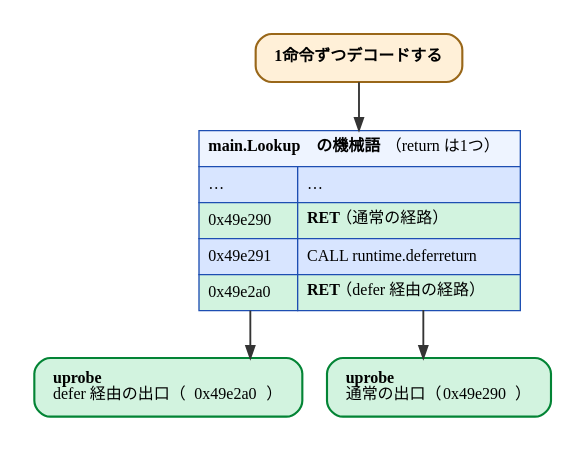
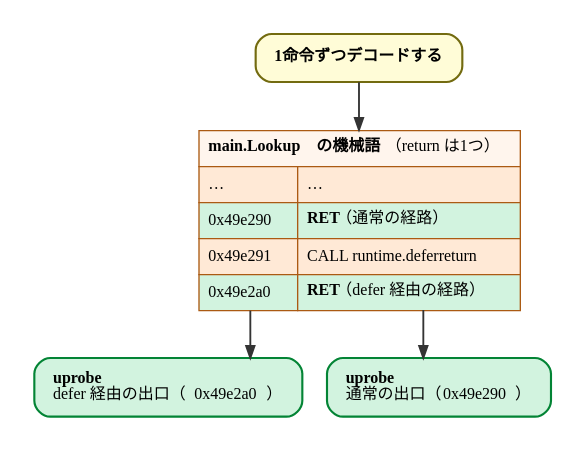
Before and after one commit to ymotongpoo/zenn.dev: the diagram in diagrams/go-ebpf-primer/20260820-ret-uprobes.dot, drawn with Graphviz. The commit also changed 109 other files, not shown here.

First line of the commit message:
change(go-ebpf-primer): 図の主系列/ストレージ/補助カテゴリをPrimary/Secondary色に再調整

```diff
--- a/diagrams/go-ebpf-primer/20260820-ret-uprobes.dot
+++ b/diagrams/go-ebpf-primer/20260820-ret-uprobes.dot
@@ -1,39 +1,39 @@
 // 全 RET 命令へのuprobe
 digraph ret_uprobes {
   graph [
     rankdir=TB, splines=ortho,
     fontname="IBM Plex Sans JP", fontsize=13,
     bgcolor="white", pad=0.25
   ];
   node [
     fontname="IBM Plex Sans JP", fontsize=12,
     shape=box, style="rounded,filled",
     fillcolor="#F1F1F1", color="#4A4A4A", penwidth=1.6,
     margin="0.2,0.14"
   ];
   edge [
     fontname="IBM Plex Sans JP", fontsize=11,
     color="#343434", penwidth=1.4, arrowsize=0.9,
     fontcolor="#171717"
   ];
 
-  decode [label=<<b>1命令ずつデコードする</b>>, fillcolor="#FFF0D8", color="#996719"];
+  decode [label=<<b>1命令ずつデコードする</b>>, fillcolor="#FFFCD7", color="#736B10"];
 
   code [shape=plain, style="", label=<
-    <table border="0" cellborder="1" cellspacing="0" cellpadding="6" color="#1D4EB2">
-      <tr><td colspan="2" align="left" bgcolor="#EEF4FF"><b><font face="JetBrains Mono">main.Lookup</font> の機械語</b>（return は1つ）</td></tr>
-      <tr><td align="left" bgcolor="#D8E5FF">…</td><td align="left" bgcolor="#D8E5FF">…</td></tr>
+    <table border="0" cellborder="1" cellspacing="0" cellpadding="6" color="#AB5A13">
+      <tr><td colspan="2" align="left" bgcolor="#FFF5ED"><b><font face="JetBrains Mono">main.Lookup</font> の機械語</b>（return は1つ）</td></tr>
+      <tr><td align="left" bgcolor="#FFE9D6">…</td><td align="left" bgcolor="#FFE9D6">…</td></tr>
       <tr><td align="left" bgcolor="#D2F3DF" port="ret1"><font face="JetBrains Mono">0x49e290</font></td><td align="left" bgcolor="#D2F3DF" port="ret1r"><font face="JetBrains Mono"><b>RET</b></font>（通常の経路）</td></tr>
-      <tr><td align="left" bgcolor="#D8E5FF"><font face="JetBrains Mono">0x49e291</font></td><td align="left" bgcolor="#D8E5FF"><font face="JetBrains Mono">CALL runtime.deferreturn</font></td></tr>
+      <tr><td align="left" bgcolor="#FFE9D6"><font face="JetBrains Mono">0x49e291</font></td><td align="left" bgcolor="#FFE9D6"><font face="JetBrains Mono">CALL runtime.deferreturn</font></td></tr>
       <tr><td align="left" bgcolor="#D2F3DF" port="ret2"><font face="JetBrains Mono">0x49e2a0</font></td><td align="left" bgcolor="#D2F3DF" port="ret2r"><font face="JetBrains Mono"><b>RET</b></font>（defer 経由の経路）</td></tr>
     </table>>];
 
   up1 [label=<<font face="Poppins"><b>uprobe</b></font><br align="left"/>通常の出口（<font face="JetBrains Mono">0x49e290</font>）<br align="left"/>>, fillcolor="#D2F3DF", color="#038435"];
   up2 [label=<<font face="Poppins"><b>uprobe</b></font><br align="left"/>defer 経由の出口（<font face="JetBrains Mono">0x49e2a0</font>）<br align="left"/>>, fillcolor="#D2F3DF", color="#038435"];
 
   { rank=same; up1; up2; }
 
   decode -> code;
   code -> up1;
   code:ret2:s -> up2;
 }
```
